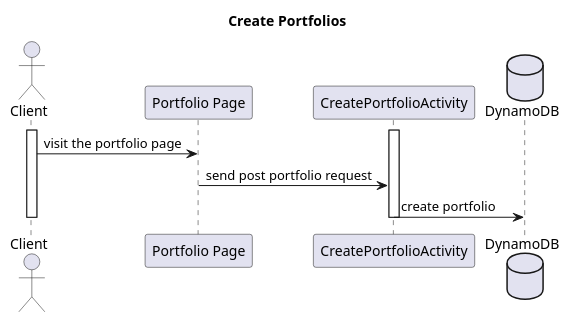
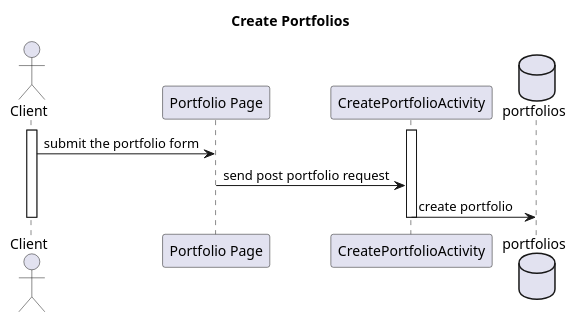
One commit to BloomTechBackend/bd-team-project-crypto-wizards changed the diagram in resources/CreatePortfolio_SD.puml. Above: the diagram before and after it, drawn with PlantUML. The commit also changed 22 other files, not shown here.

Commit message:
Updated the sequence Diagrams with suggestions from Shannon

```diff
--- a/resources/CreatePortfolio_SD.puml
+++ b/resources/CreatePortfolio_SD.puml
@@ -1,15 +1,15 @@
 @startuml
 title Create Portfolios
 actor Client
 
 participant "Portfolio Page" as portfolioPage
 activate Client
 activate CreatePortfolioActivity
-database DynamoDB
+database portfolios
 
-Client -> portfolioPage : visit the portfolio page
+Client -> portfolioPage : submit the portfolio form
 portfolioPage -> CreatePortfolioActivity :  send post portfolio request
-CreatePortfolioActivity -> DynamoDB : create portfolio
+CreatePortfolioActivity -> portfolios : create portfolio
 deactivate Client
 deactivate CreatePortfolioActivity
 @enduml
```
